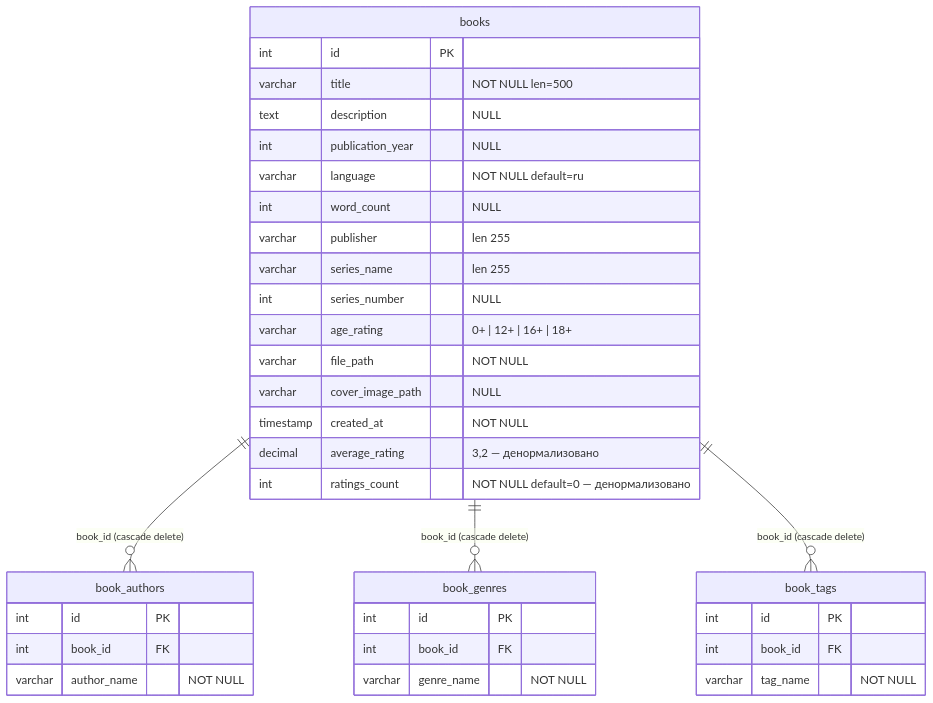
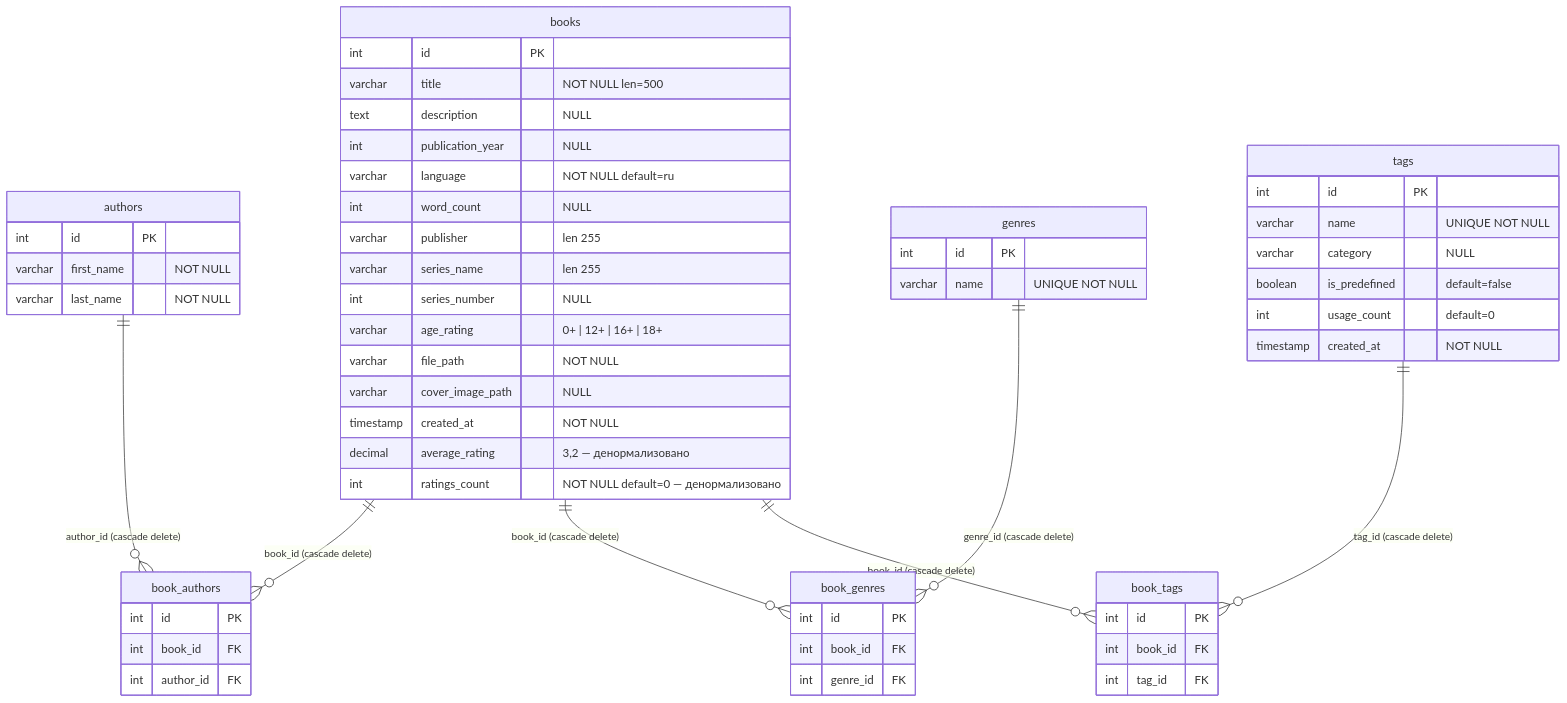
Before and after one commit to Pavel-Skibin/DigitalLibrary: the second of 5 diagrams in docs/DATABASE.md, drawn with Mermaid. The commit also changed other lines of this file and 21 other files, not shown here.

````diff
--- a/docs/DATABASE.md
+++ b/docs/DATABASE.md
@@ -60,39 +60,59 @@
 ```mermaid
 erDiagram
     books {
         int id PK
         varchar title "NOT NULL len=500"
         text description "NULL"
         int publication_year "NULL"
         varchar language "NOT NULL default=ru"
         int word_count "NULL"
         varchar publisher "len 255"
         varchar series_name "len 255"
         int series_number "NULL"
         varchar age_rating "0+ | 12+ | 16+ | 18+"
         varchar file_path "NOT NULL"
         varchar cover_image_path "NULL"
         timestamp created_at "NOT NULL"
         decimal average_rating "3,2 — денормализовано"
         int ratings_count "NOT NULL default=0 — денормализовано"
     }
+    authors {
+        int id PK
+        varchar first_name "NOT NULL"
+        varchar last_name "NOT NULL"
+    }
+    genres {
+        int id PK
+        varchar name "UNIQUE NOT NULL"
+    }
+    tags {
+        int id PK
+        varchar name "UNIQUE NOT NULL"
+        varchar category "NULL"
+        boolean is_predefined "default=false"
+        int usage_count "default=0"
+        timestamp created_at "NOT NULL"
+    }
     book_authors {
         int id PK
         int book_id FK
-        varchar author_name "NOT NULL"
+        int author_id FK
     }
     book_genres {
         int id PK
         int book_id FK
-        varchar genre_name "NOT NULL"
+        int genre_id FK
     }
     book_tags {
         int id PK
         int book_id FK
-        varchar tag_name "NOT NULL"
+        int tag_id FK
     }
 
     books ||--o{ book_authors : "book_id (cascade delete)"
+    authors ||--o{ book_authors : "author_id (cascade delete)"
     books ||--o{ book_genres : "book_id (cascade delete)"
+    genres ||--o{ book_genres : "genre_id (cascade delete)"
     books ||--o{ book_tags : "book_id (cascade delete)"
+    tags ||--o{ book_tags : "tag_id (cascade delete)"
 ```
````
